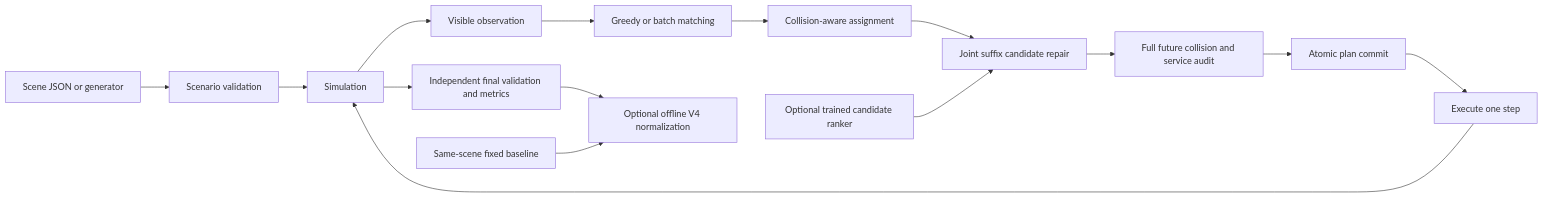
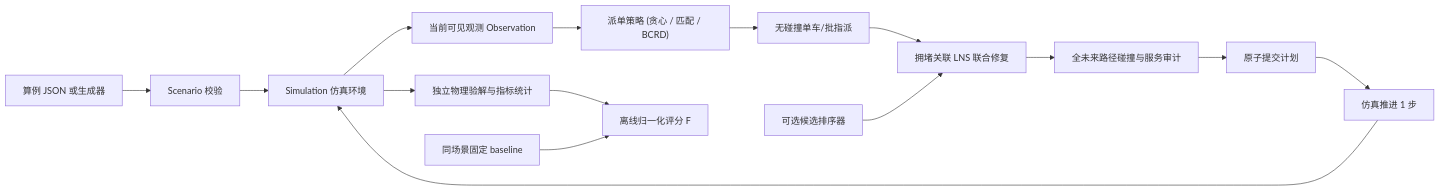
The diagram in docs/architecture.md (Fallen-Crystal/agv-warehouse-scheduling-2026), drawn with Mermaid before and after one commit. The commit also changed other lines of this file and 103 other files, not shown here.

````diff
--- a/docs/architecture.md
+++ b/docs/architecture.md
@@ -45,17 +49,17 @@
 ```mermaid
 flowchart LR
-  input[Scene JSON or generator] --> domain[Scenario validation]
-  domain --> env[Simulation]
-  env --> obs[Visible observation]
-  obs --> dispatch[Greedy or batch matching]
-  dispatch --> assign[Collision-aware assignment]
-  assign --> repair[Joint suffix candidate repair]
-  model[Optional trained candidate ranker] --> repair
-  repair --> checks[Full future collision and service audit]
-  checks --> commit[Atomic plan commit]
-  commit --> advance[Execute one step]
+  input["算例 JSON 或生成器"] --> domain["Scenario 校验"]
+  domain --> env["Simulation 仿真环境"]
+  env --> obs["当前可见观测 Observation"]
+  obs --> dispatch["派单策略 (贪心 / 匹配 / BCRD)"]
+  dispatch --> assign["无碰撞单车/批指派"]
+  assign --> repair["拥堵关联 LNS 联合修复"]
+  model["可选候选排序器"] --> repair
+  repair --> checks["全未来路径碰撞与服务审计"]
+  checks --> commit["原子提交计划"]
+  commit --> advance["仿真推进 1 步"]
   advance --> env
-  env --> result[Independent final validation and metrics]
-  result --> score[Optional offline V4 normalization]
-  reference[Same-scene fixed baseline] --> score
+  env --> result["独立物理验解与指标统计"]
+  result --> score["离线归一化评分 F"]
+  reference["同场景固定 baseline"] --> score
 ```
````
